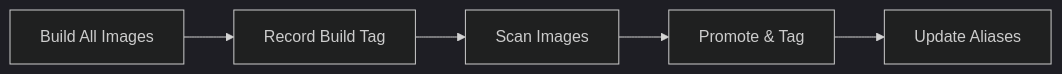
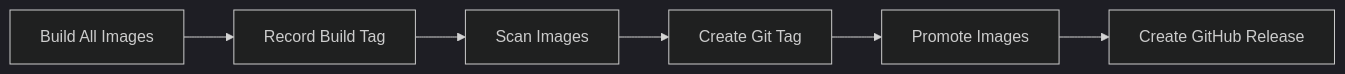
One commit to autowarefoundation/openadkit changed the diagram in docs/development/build-from-source.md. Above: the diagram before and after it, drawn with Mermaid (dark theme). The commit also changed other lines of this file and 8 other files, not shown here.

````diff
--- a/docs/development/build-from-source.md
+++ b/docs/development/build-from-source.md
@@ -215,7 +216,8 @@
 ```mermaid
 flowchart LR
     A[Build All Images] --> R[Record Build Tag]
     R --> B[Scan Images]
-    B --> C[Promote & Tag]
-    C --> D[Update Aliases]
+    B --> C[Create Git Tag]
+    C --> D[Promote Images]
+    D --> E[Create GitHub Release]
 ```
````
